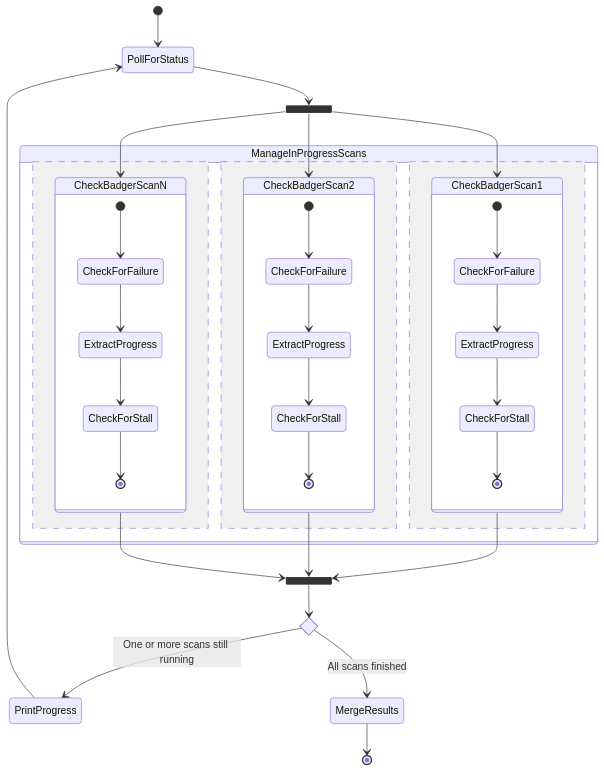
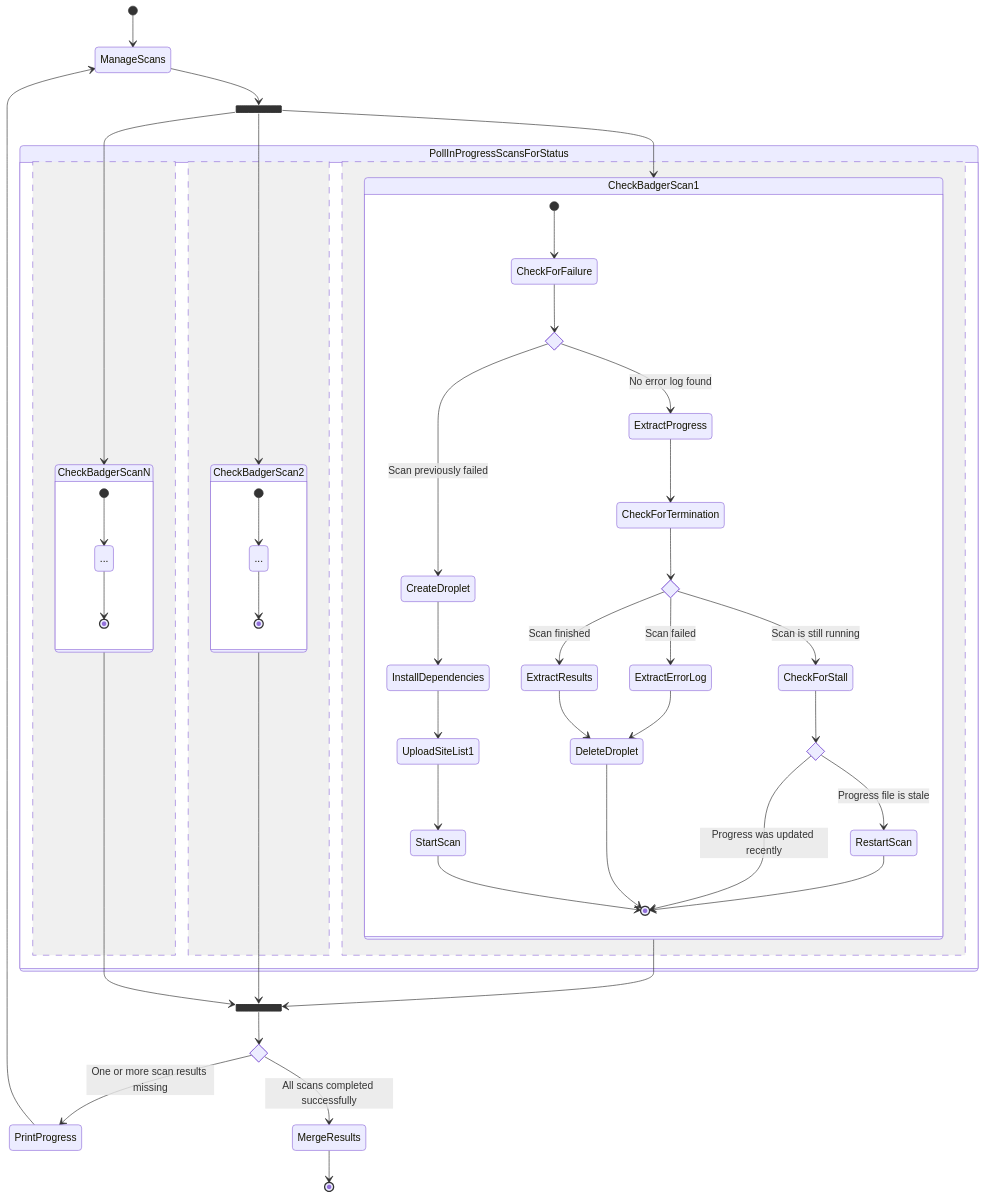
One commit to EFForg/badger-swarm changed the second of 2 diagrams in ARCHITECTURE.md. Above: the diagram before and after it, drawn with Mermaid.

Commit message:
Expand scan management state diagram

````diff
--- a/ARCHITECTURE.md
+++ b/ARCHITECTURE.md
@@ -68,44 +68,71 @@
 ```mermaid
 stateDiagram-v2
 
-[*] --> PollForStatus
+[*] --> ManageScans
 
 state fork2 <<fork>>
-PollForStatus --> fork2
+ManageScans --> fork2
 fork2 --> CheckBadgerScan1
 fork2 --> CheckBadgerScan2
 fork2 --> CheckBadgerScanN
 
-state ManageInProgressScans {
-    err1: CheckForFailure
-    err2: CheckForFailure
-    err3: CheckForFailure
+state PollInProgressScansForStatus {
+    chk1: CheckForFailure
+    cr1: CreateDroplet
+    dep1: InstallDependencies
+    go1: StartScan
     pro1: ExtractProgress
-    pro2: ExtractProgress
-    pro3: ExtractProgress
+    ter1: CheckForTermination
+    fin1: ExtractResults
+    fai1: ExtractErrorLog
+    del1: DeleteDroplet
     sta1: CheckForStall
-    sta2: CheckForStall
-    sta3: CheckForStall
+    res1: RestartScan
+    ddd2: ...
+    ddd3: ...
 
     state CheckBadgerScan1 {
-        [*] --> err1
-        err1 --> pro1
-        pro1 --> sta1
-        sta1 --> [*]
+        [*] --> chk1
+
+        state scan1_failed <<choice>>
+        chk1 --> scan1_failed
+        scan1_failed --> cr1 : Scan previously failed
+        scan1_failed --> pro1 : No error log found
+
+        cr1 --> dep1
+        dep1 --> UploadSiteList1
+        UploadSiteList1 --> go1
+        go1 --> [*]
+
+        pro1 --> ter1
+
+        state scan1_term <<choice>>
+        ter1 --> scan1_term
+        scan1_term --> fin1 : Scan finished
+        scan1_term --> fai1: Scan failed
+        scan1_term --> sta1 : Scan is still running
+
+        fin1 --> del1
+        fai1 --> del1
+
+        del1 --> [*]
+
+        state scan1_stall <<choice>>
+        sta1 --> scan1_stall
+        scan1_stall --> res1: Progress file is stale
+        scan1_stall --> [*] : Progress was updated recently
+
+        res1 --> [*]
     }
     --
     state CheckBadgerScan2 {
-        [*] --> err2
-        err2 --> pro2
-        pro2 --> sta2
-        sta2 --> [*]
+        [*] --> ddd2
+        ddd2 --> [*]
     }
     --
     state CheckBadgerScanN {
-        [*] --> err3
-        err3 --> pro3
-        pro3 --> sta3
-        sta3 --> [*]
+        [*] --> ddd3
+        ddd3 --> [*]
     }
 }
 
@@ -114,12 +141,12 @@
 CheckBadgerScan2 --> join2
 CheckBadgerScanN --> join2
 
-state check1 <<choice>>
-join2 --> check1
-check1 --> PrintProgress : One or more scans still running
-check1 --> MergeResults : All scans finished
+state all_finished <<choice>>
+join2 --> all_finished
+all_finished --> PrintProgress : One or more scan results missing
+all_finished --> MergeResults : All scans completed successfully
 
-PrintProgress --> PollForStatus
+PrintProgress --> ManageScans
 
 MergeResults --> [*]
 ```
````
